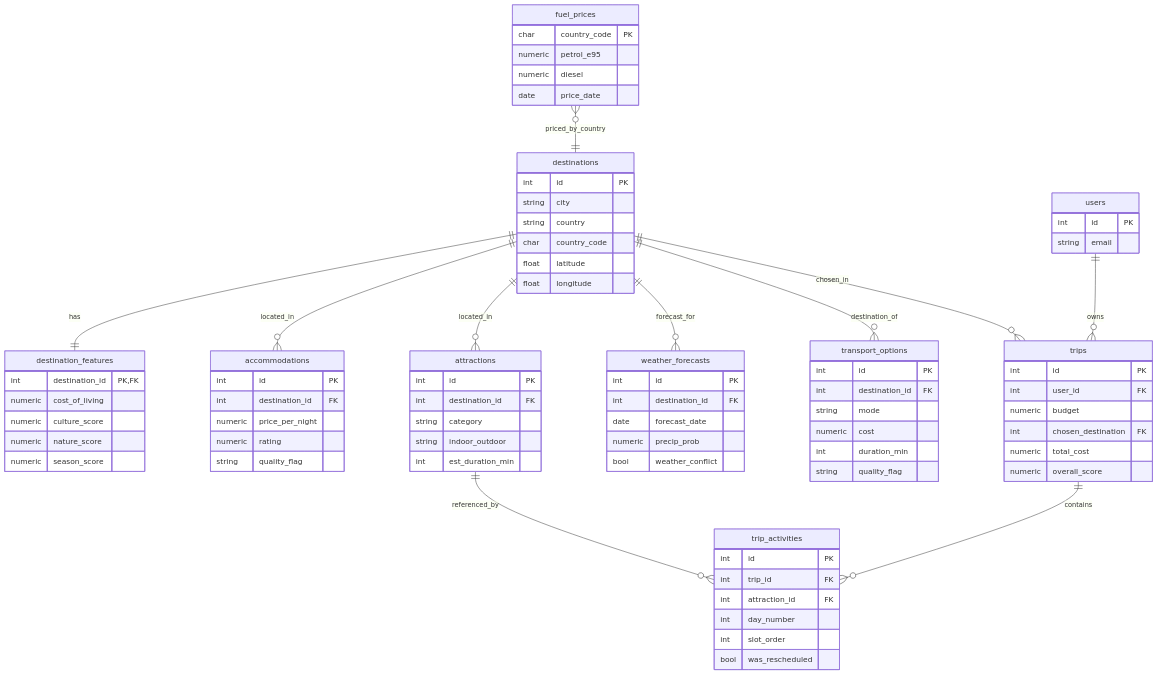
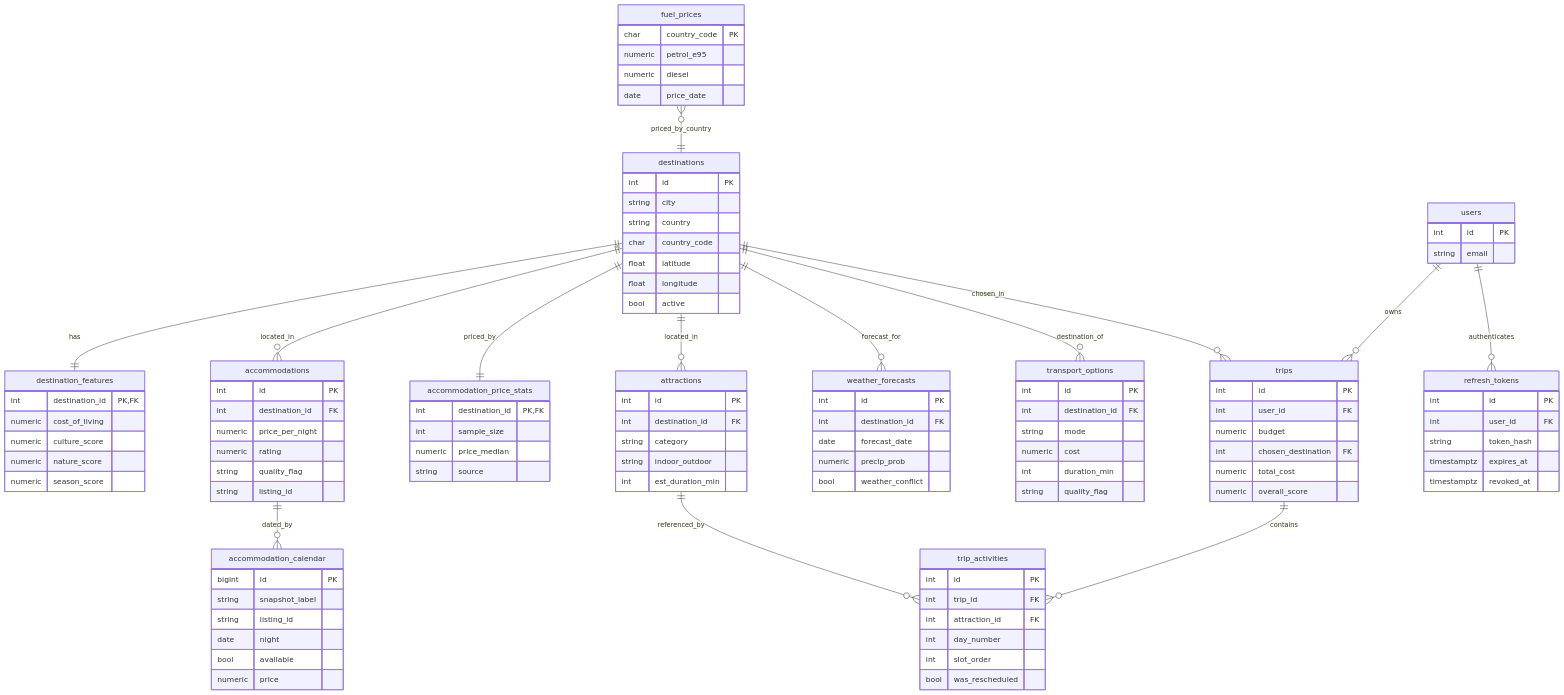
One commit to dimitarilievv/Budget-Swarm changed the third of 6 diagrams in docs/diagrams.md. Above: the diagram before and after it, drawn with Mermaid. The commit also changed other lines of this file and 5 other files, not shown here.

First line of the commit message:
docs: sync README, api, schema, ADRs, diagrams, checklist with the built system (BS-doc-sync)

```diff
--- a/docs/diagrams.md
+++ b/docs/diagrams.md
@@ -85,13 +85,16 @@
 erDiagram
     destinations ||--|| destination_features : has
     destinations ||--o{ accommodations : located_in
+    destinations ||--|| accommodation_price_stats : priced_by
     destinations ||--o{ attractions : located_in
     destinations ||--o{ weather_forecasts : forecast_for
     destinations ||--o{ transport_options : destination_of
     destinations ||--o{ trips : chosen_in
+    accommodations ||--o{ accommodation_calendar : dated_by
     trips ||--o{ trip_activities : contains
     attractions ||--o{ trip_activities : referenced_by
     users ||--o{ trips : owns
+    users ||--o{ refresh_tokens : authenticates
     fuel_prices }o--|| destinations : priced_by_country
 
     destinations {
@@ -101,6 +104,7 @@
         char country_code
         float latitude
         float longitude
+        bool active
     }
     destination_features {
         int destination_id PK,FK
@@ -115,6 +119,28 @@
         numeric price_per_night
         numeric rating
         string quality_flag
+        string listing_id
+    }
+    accommodation_price_stats {
+        int destination_id PK,FK
+        int sample_size
+        numeric price_median
+        string source
+    }
+    accommodation_calendar {
+        bigint id PK
+        string snapshot_label
+        string listing_id
+        date night
+        bool available
+        numeric price
+    }
+    refresh_tokens {
+        int id PK
+        int user_id FK
+        string token_hash
+        timestamptz expires_at
+        timestamptz revoked_at
     }
     attractions {
         int id PK
```
